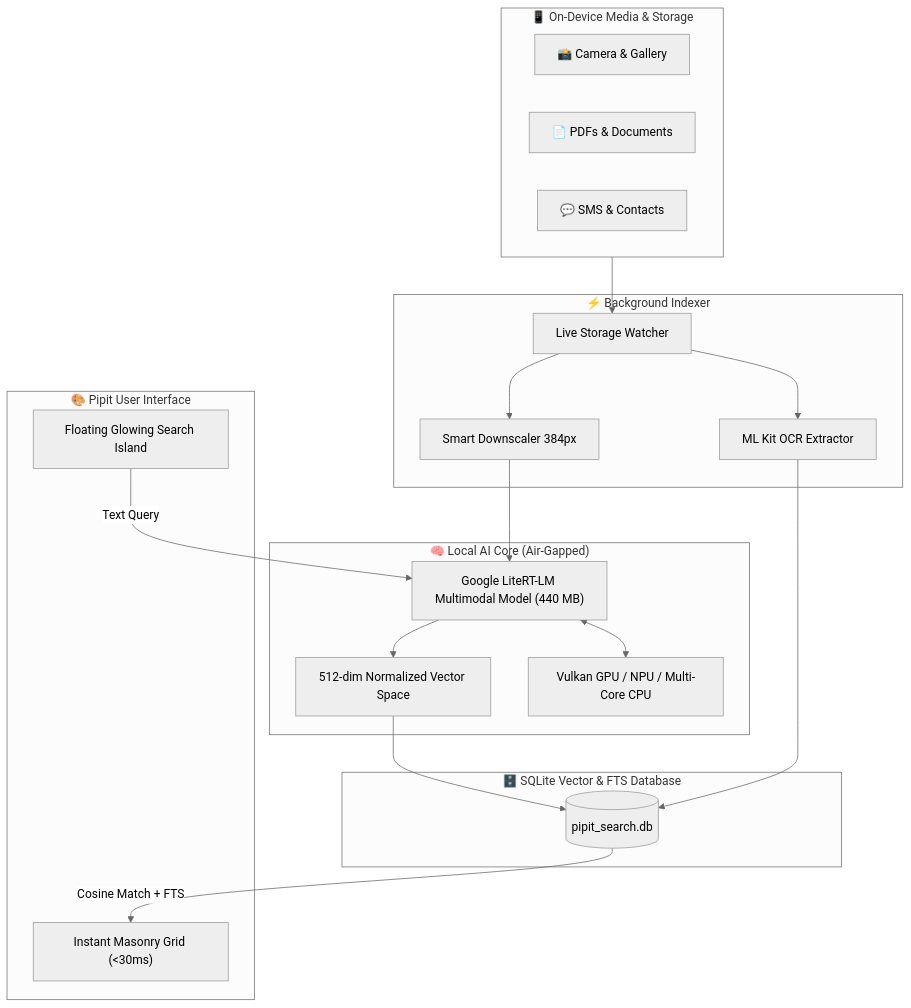
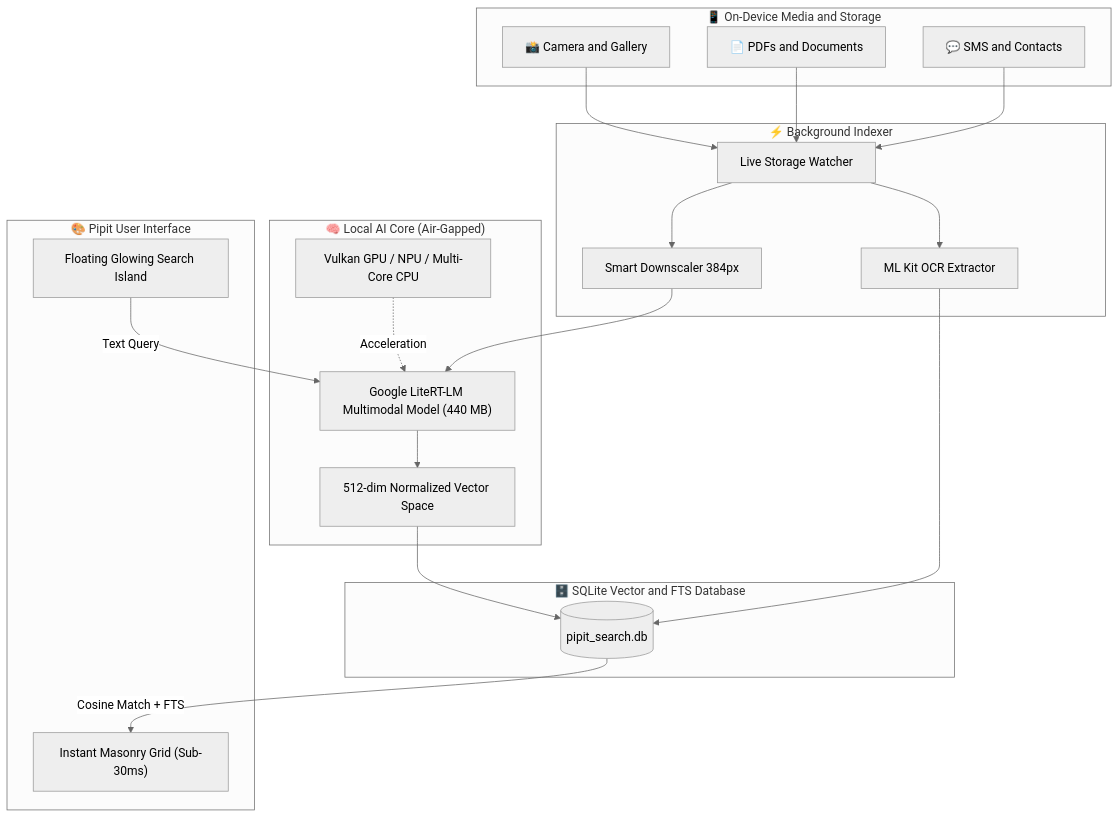
One commit to sanjay434343/Pipit changed the diagram in README.md. Above: the diagram before and after it, drawn with Mermaid (neutral theme). The commit also changed other lines of this file, not shown here.

Commit message:
docs: fix architecture Mermaid diagram and update repository URLs

````diff
--- a/README.md
+++ b/README.md
@@ -130,40 +130,46 @@
 ```mermaid
 flowchart TD
-    subgraph Device_Storage["📱 On-Device Media & Storage"]
-        P[📸 Camera & Gallery]
-        D[📄 PDFs & Documents]
-        M[💬 SMS & Contacts]
+    subgraph Storage["📱 On-Device Media and Storage"]
+        P["📸 Camera and Gallery"]
+        D["📄 PDFs and Documents"]
+        M["💬 SMS and Contacts"]
     end
 
-    subgraph Background_Indexing["⚡ Background Indexer"]
-        LW[Live Storage Watcher]
-        OCR[ML Kit OCR Extractor]
-        IMG_PREP[Smart Downscaler 384px]
+    subgraph Indexing["⚡ Background Indexer"]
+        LW["Live Storage Watcher"]
+        OCR["ML Kit OCR Extractor"]
+        IMG_PREP["Smart Downscaler 384px"]
     end
 
     subgraph AI_Core["🧠 Local AI Core (Air-Gapped)"]
         MODEL["Google LiteRT-LM Multimodal Model (440 MB)"]
         GPU["Vulkan GPU / NPU / Multi-Core CPU"]
         VEC["512-dim Normalized Vector Space"]
     end
 
-    subgraph Local_Storage["🗄️ SQLite Vector & FTS Database"]
+    subgraph Local_Storage["🗄️ SQLite Vector and FTS Database"]
         DB[("pipit_search.db")]
     end
 
     subgraph UI["🎨 Pipit User Interface"]
         SEARCH["Floating Glowing Search Island"]
-        RESULTS["Instant Masonry Grid (<30ms)"]
+        RESULTS["Instant Masonry Grid (Sub-30ms)"]
     end
 
-    Device_Storage --> LW
-    LW --> OCR & IMG_PREP
+    P --> LW
+    D --> LW
+    M --> LW
+
+    LW --> OCR
+    LW --> IMG_PREP
+
     OCR --> DB
     IMG_PREP --> MODEL
-    MODEL <--> GPU
+
+    GPU -.->|"Acceleration"| MODEL
     MODEL --> VEC
     VEC --> DB
 
     SEARCH -->|"Text Query"| MODEL
     DB -->|"Cosine Match + FTS"| RESULTS
 ```
````
